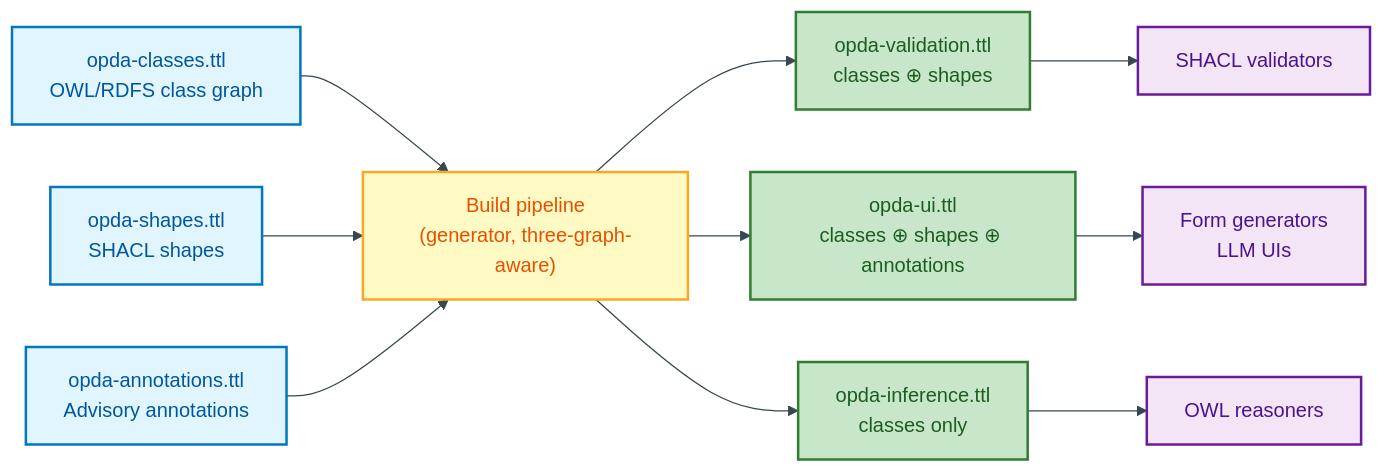
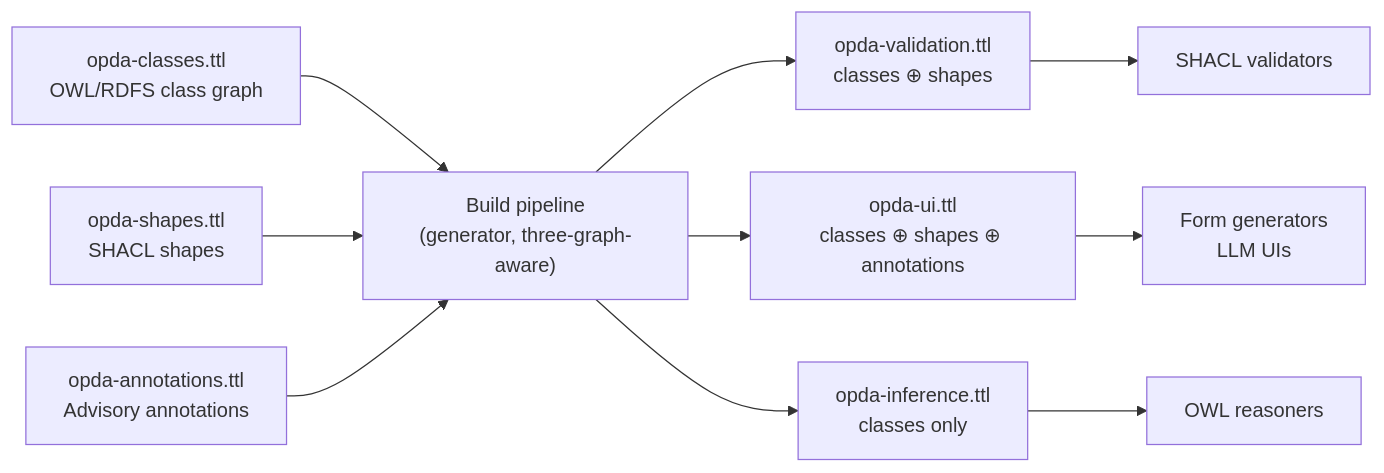
The second of 4 diagrams in docs/ontology/odr/ODR-0004-pdtf-ontology-foundation.md (sparkling/opda), drawn with Mermaid before and after one commit. The commit also changed other lines of this file and 25 other files, not shown here.

````diff
--- a/docs/ontology/odr/ODR-0004-pdtf-ontology-foundation.md
+++ b/docs/ontology/odr/ODR-0004-pdtf-ontology-foundation.md
@@ -87,31 +83,26 @@
 ```mermaid
-%%{init:{"theme":"base","themeVariables":{"primaryColor":"#E3F2FD","primaryTextColor":"#0D47A1","primaryBorderColor":"#1565C0","lineColor":"#37474F"}}}%%
 flowchart LR
     accTitle: Three-graph separation and consumer profile composition
     accDescr: Three canonical source artefacts — opda-classes.ttl, opda-shapes.ttl, and opda-annotations.ttl — are combined by the build pipeline into three derived consumer profiles consumed by validators, form generators, and OWL reasoners.
-    classDef source fill:#E1F5FE,stroke:#0277BD,stroke-width:2px,color:#01579B
-    classDef pipeline fill:#FFF9C4,stroke:#F9A825,stroke-width:2px,color:#E65100
-    classDef profile fill:#C8E6C9,stroke:#2E7D32,stroke-width:2px,color:#1B5E20
-    classDef consumer fill:#F3E5F5,stroke:#6A1B9A,stroke-width:2px,color:#4A148C
 
-    CL["opda-classes.ttl<br/>OWL/RDFS class graph"]:::source
-    SH["opda-shapes.ttl<br/>SHACL shapes"]:::source
-    AN["opda-annotations.ttl<br/>Advisory annotations"]:::source
+    CL["opda-classes.ttl<br/>OWL/RDFS class graph"]:::process
+    SH["opda-shapes.ttl<br/>SHACL shapes"]:::process
+    AN["opda-annotations.ttl<br/>Advisory annotations"]:::process
 
-    BP["Build pipeline<br/>(generator, three-graph-aware)"]:::pipeline
+    BP["Build pipeline<br/>(generator, three-graph-aware)"]:::warning
 
-    PV["opda-validation.ttl<br/>classes ⊕ shapes"]:::profile
-    PU["opda-ui.ttl<br/>classes ⊕ shapes ⊕ annotations"]:::profile
-    PI["opda-inference.ttl<br/>classes only"]:::profile
+    PV["opda-validation.ttl<br/>classes ⊕ shapes"]:::success
+    PU["opda-ui.ttl<br/>classes ⊕ shapes ⊕ annotations"]:::success
+    PI["opda-inference.ttl<br/>classes only"]:::success
 
-    CV["SHACL validators"]:::consumer
-    CU["Form generators<br/>LLM UIs"]:::consumer
-    CI["OWL reasoners"]:::consumer
+    CV["SHACL validators"]:::user
+    CU["Form generators<br/>LLM UIs"]:::user
+    CI["OWL reasoners"]:::user
 
     CL --> BP
     SH --> BP
     AN --> BP
     BP --> PV --> CV
     BP --> PU --> CU
     BP --> PI --> CI
 ```
````
